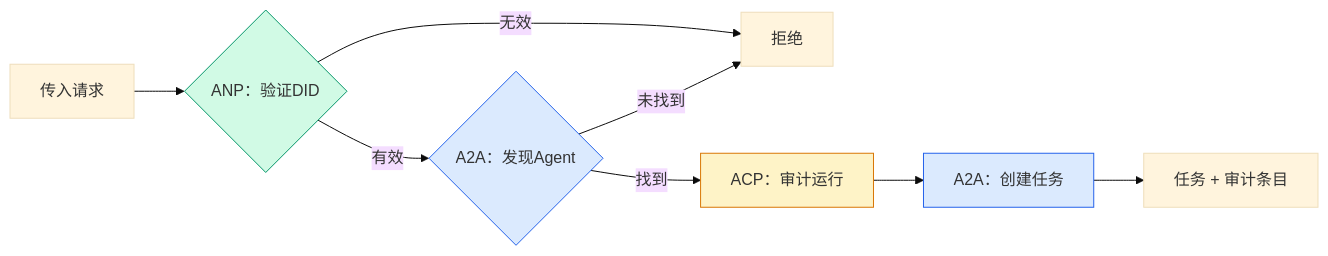
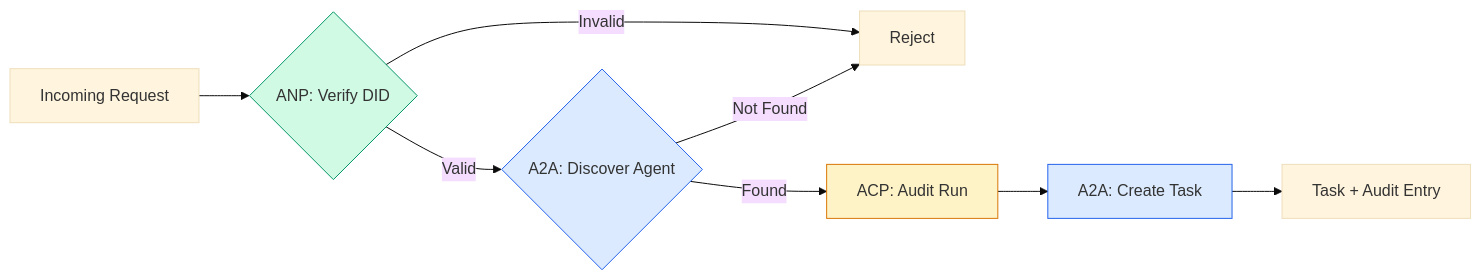
Before and after one commit to xiaojiaenen/ai-engineering-from-scratch-zh: diagram 12 of 13 in i18n/zh/phases/16-multi-agent-and-swarms/03-communication-protocols/docs/zh.md, drawn with Mermaid (base theme). The commit also changed other lines of this file and 25 other files, not shown here.

````diff
--- a/i18n/zh/phases/16-multi-agent-and-swarms/03-communication-protocols/docs/zh.md
+++ b/i18n/zh/phases/16-multi-agent-and-swarms/03-communication-protocols/docs/zh.md
@@ -1136,15 +1136,15 @@
 ```mermaid
 graph LR
-    REQ[传入请求] --> ANP_V{ANP：验证DID}
-    ANP_V -->|有效| A2A_D{A2A：发现Agent}
-    ANP_V -->|无效| REJECT[拒绝]
-    A2A_D -->|找到| ACP_A[ACP：审计运行]
-    A2A_D -->|未找到| REJECT
-    ACP_A --> A2A_T[A2A：创建任务]
-    A2A_T --> RESULT[任务 + 审计条目]
+    REQ[Incoming Request] --> ANP_V{ANP: Verify DID}
+    ANP_V -->|Valid| A2A_D{A2A: Discover Agent}
+    ANP_V -->|Invalid| REJECT[Reject]
+    A2A_D -->|Found| ACP_A[ACP: Audit Run]
+    A2A_D -->|Not Found| REJECT
+    ACP_A --> A2A_T[A2A: Create Task]
+    A2A_T --> RESULT[Task + Audit Entry]
 
     style ANP_V fill:#d1fae5,stroke:#059669
     style A2A_D fill:#dbeafe,stroke:#2563eb
     style ACP_A fill:#fef3c7,stroke:#d97706
     style A2A_T fill:#dbeafe,stroke:#2563eb
 ```
````
